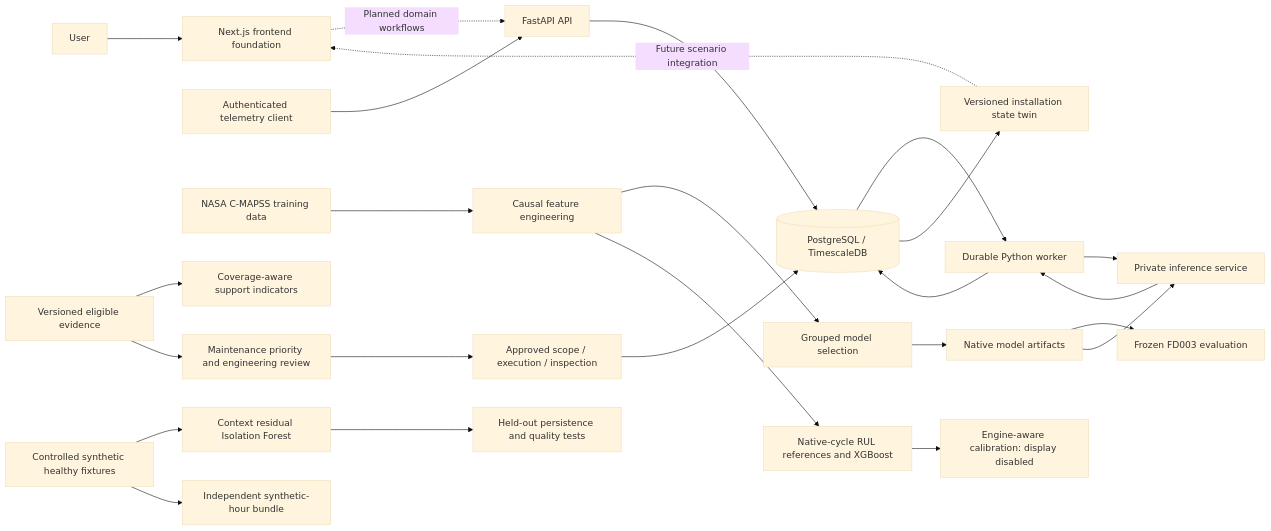
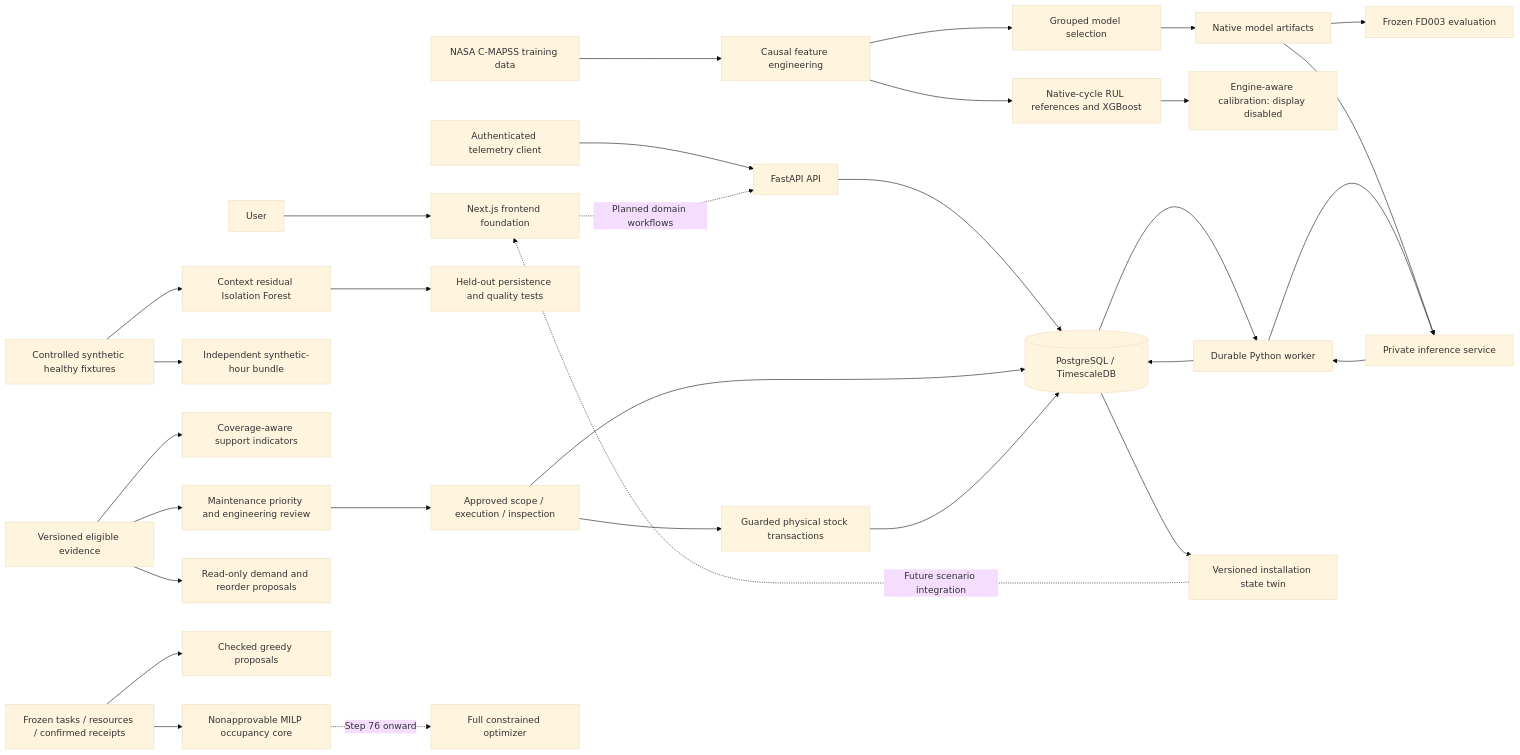
The diagram in README.md (AbhishekKumar-cse/FleetIQ), drawn with Mermaid (base theme) before and after one commit. The commit also changed other lines of this file, not shown here.

Commit message:
docs(readme): document stock services and step 75 scheduling scope

````diff
--- a/README.md
+++ b/README.md
@@ -30,27 +34,33 @@
 ```mermaid
 flowchart LR
     User[User] --> Web[Next.js frontend foundation]
     Client[Authenticated telemetry client] --> API[FastAPI API]
     API --> DB[(PostgreSQL / TimescaleDB)]
     DB --> Worker[Durable Python worker]
     Worker --> DB
     NASA[NASA C-MAPSS training data] --> Features[Causal feature engineering]
     Features --> Training[Grouped model selection]
     Synthetic[Controlled synthetic healthy fixtures] --> Anomaly[Context residual Isolation Forest]
     Anomaly --> Robustness[Held-out persistence and quality tests]
     Features --> RUL[Native-cycle RUL references and XGBoost]
     RUL --> Intervals[Engine-aware calibration: display disabled]
     Training --> Bundle[Native model artifacts]
     Bundle --> Evaluation[Frozen FD003 evaluation]
     Web -. Planned domain workflows .-> API
     Bundle --> Inference[Private inference service]
     Worker --> Inference
     Inference --> Worker
     Synthetic --> HourBundle[Independent synthetic-hour bundle]
     DB --> Twin[Versioned installation state twin]
     Twin -. Future scenario integration .-> Web
     Evidence[Versioned eligible evidence] --> Health[Coverage-aware support indicators]
     Evidence --> Review[Maintenance priority and engineering review]
     Review --> Workflow[Approved scope / execution / inspection]
     Workflow --> DB
+    Workflow --> Stock[Guarded physical stock transactions]
+    Stock --> DB
+    Evidence --> Forecast[Read-only demand and reorder proposals]
+    Calendar[Frozen tasks / resources / confirmed receipts] --> Greedy[Checked greedy proposals]
+    Calendar --> MILP[Nonapprovable MILP occupancy core]
+    MILP -. Step 76 onward .-> Optimizer[Full constrained optimizer]
 ```
````
